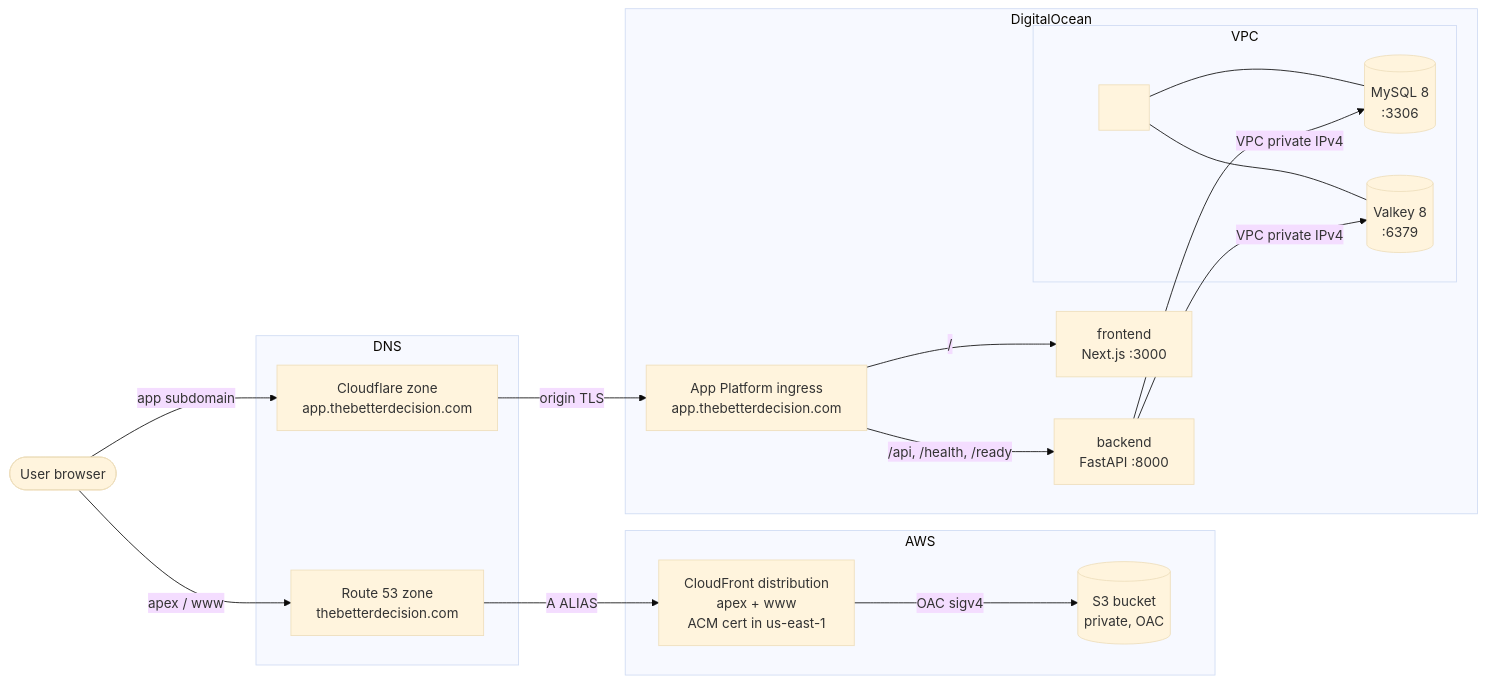
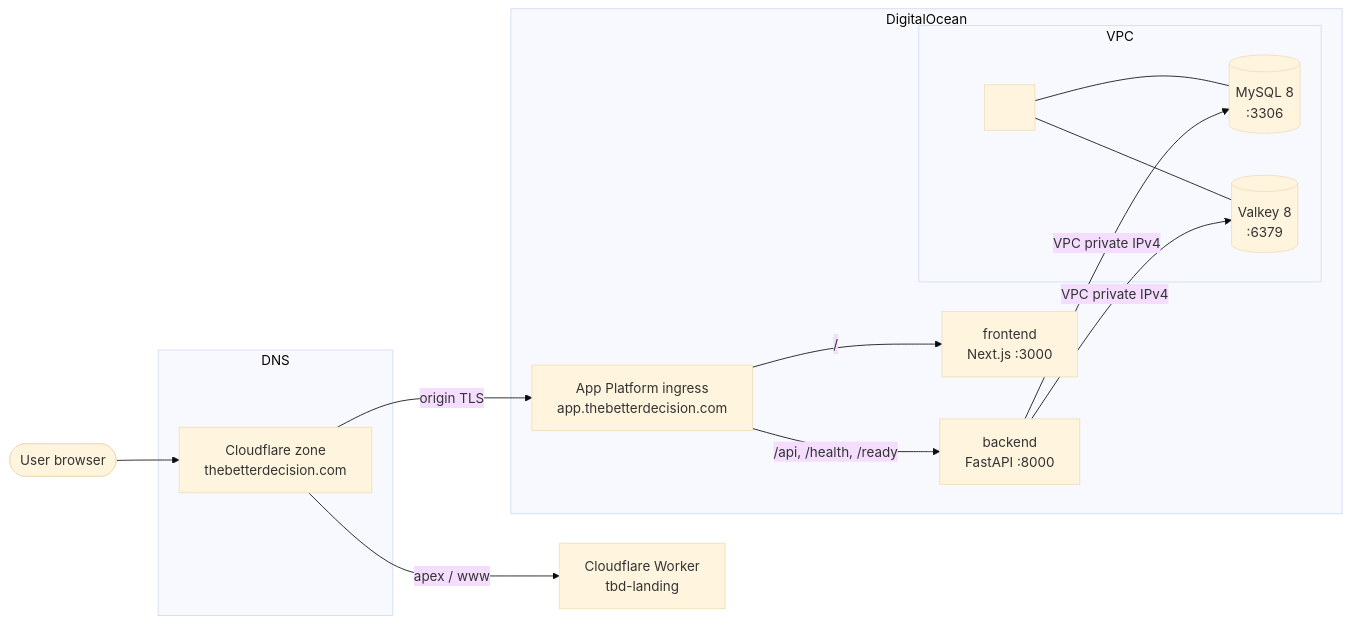
Before and after one commit to fjcloudaiconsulting/tbd: the diagram in infra/README.md, drawn with Mermaid (base theme). The commit also changed other lines of this file and 6 other files, not shown here.

First line of the commit message:
chore(apex): remove the S3 and CloudFront deploy job, the Worker is the apex (INFRA-62)

````diff
--- a/infra/README.md
+++ b/infra/README.md
@@ -34,37 +32,31 @@
 ```mermaid
 flowchart LR
     user([User browser])
 
     subgraph dns[DNS]
-        r53[Route 53 zone<br/>thebetterdecision.com]
-        cf_dns[Cloudflare zone<br/>app.thebetterdecision.com]
+        cf_dns[Cloudflare zone<br/>thebetterdecision.com]
     end
 
-    subgraph aws[AWS]
-        cfd[CloudFront distribution<br/>apex + www<br/>ACM cert in us-east-1]
-        s3[(S3 bucket<br/>private, OAC)]
-    end
+    worker[Cloudflare Worker<br/>tbd-landing]
 
     subgraph do[DigitalOcean]
         ing[App Platform ingress<br/>app.thebetterdecision.com]
         fe[frontend<br/>Next.js :3000]
         be[backend<br/>FastAPI :8000]
         subgraph vpc[VPC <vpc-cidr> <region>]
             droplet[<data-droplet><br/><droplet-size>]
             mysql[(MySQL 8<br/>:3306)]
             valkey[(Valkey 8<br/>:6379)]
             droplet --- mysql
             droplet --- valkey
         end
     end
 
-    user -->|apex / www| r53
-    user -->|app subdomain| cf_dns
-    r53 -->|A ALIAS| cfd
-    cfd -->|OAC sigv4| s3
+    user --> cf_dns
+    cf_dns -->|apex / www| worker
     cf_dns -->|origin TLS| ing
     ing -->|/api, /health, /ready| be
     ing -->|/| fe
     be -->|VPC private IPv4| mysql
     be -->|VPC private IPv4| valkey
 ```
````
